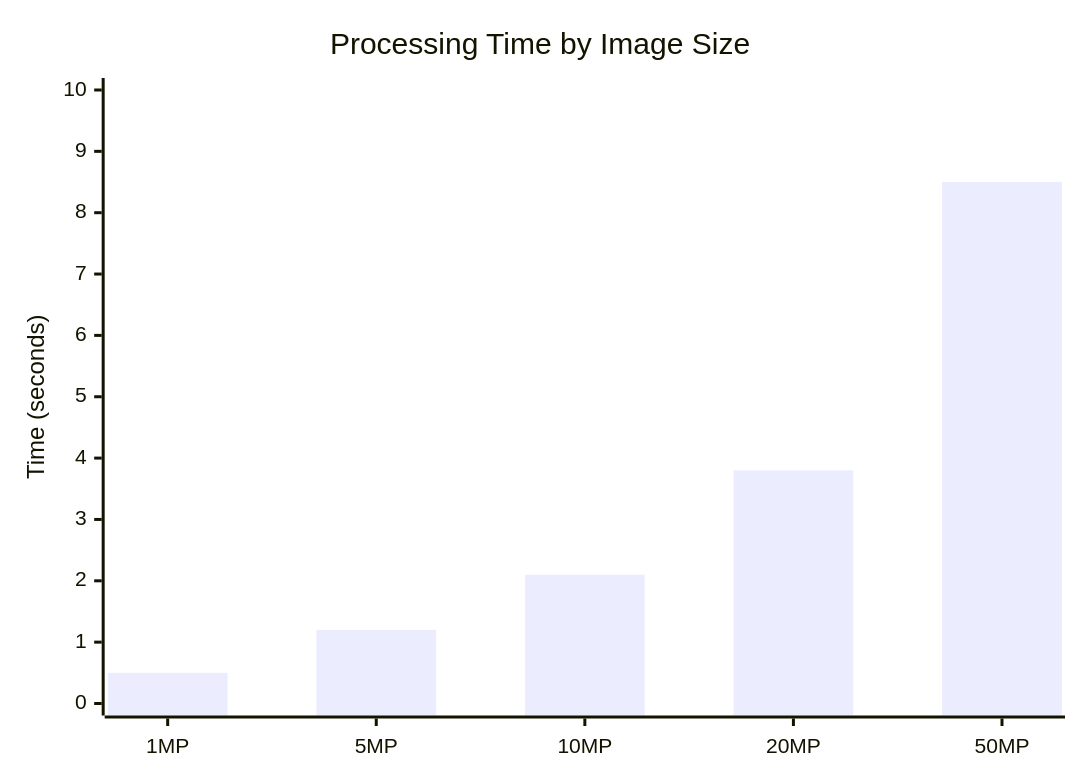
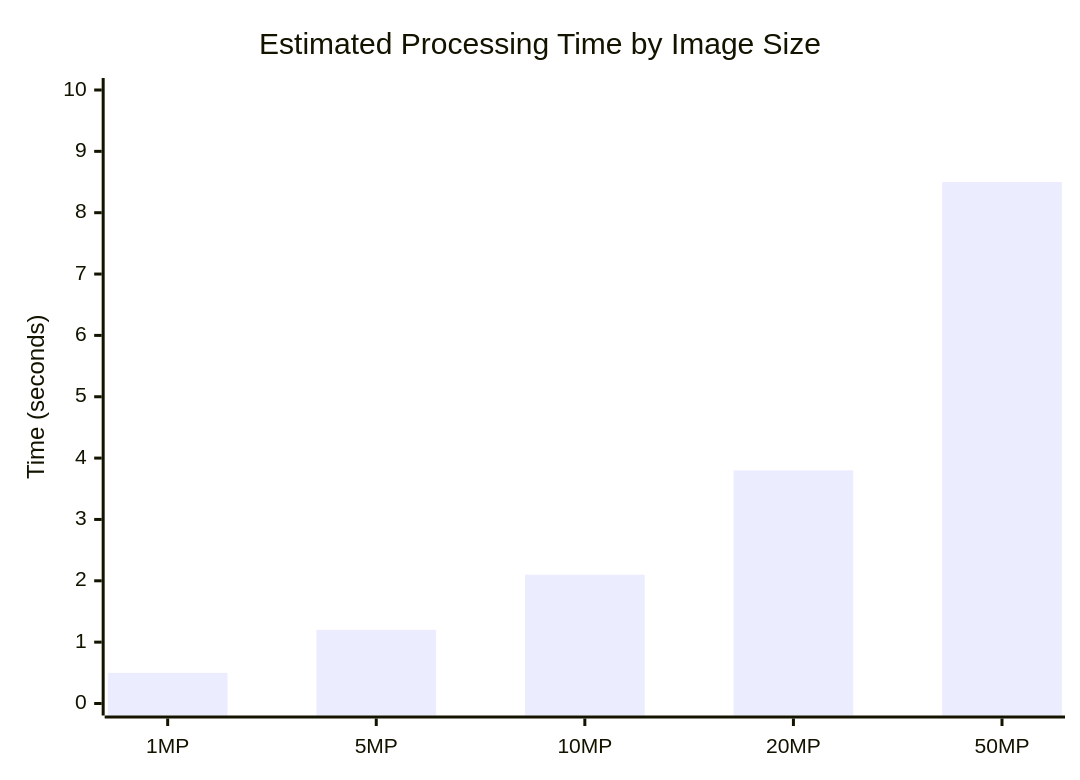
Before and after one commit to 27bhd/Pixscaler: the sixth of 8 diagrams in README.md, drawn with Mermaid. The commit also changed other lines of this file, not shown here.

````diff
--- a/README.md
+++ b/README.md
@@ -334,7 +336,7 @@
 ```mermaid
 xychart-beta
-    title "Processing Time by Image Size"
+    title "Estimated Processing Time by Image Size"
     x-axis ["1MP", "5MP", "10MP", "20MP", "50MP"]
     y-axis "Time (seconds)" 0 --> 10
     bar [0.5, 1.2, 2.1, 3.8, 8.5]
 ```
````
